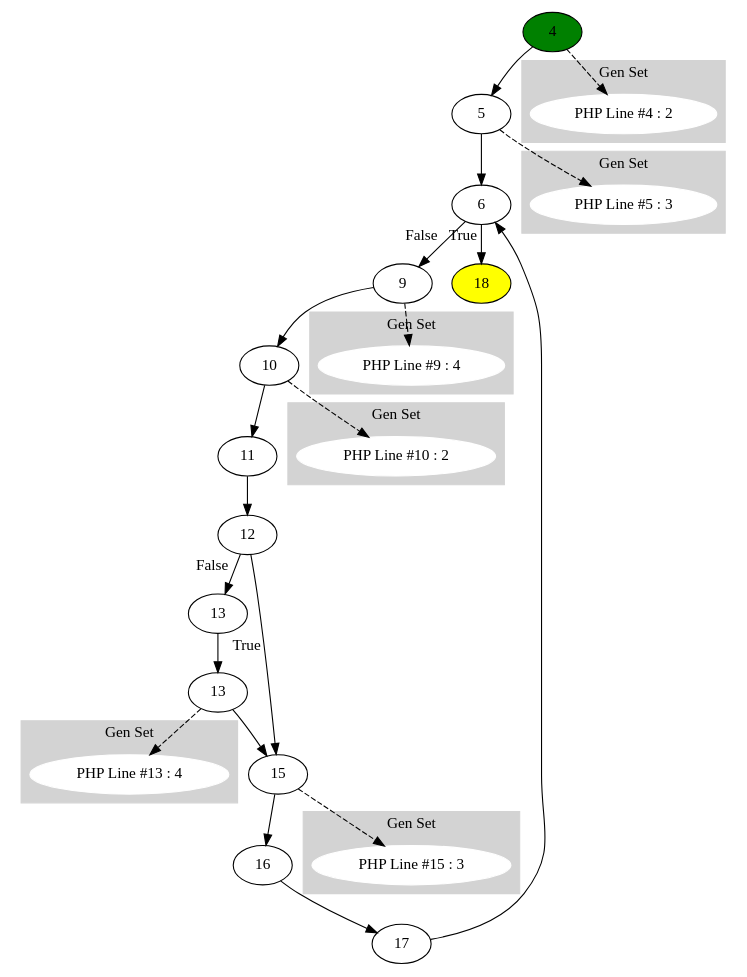
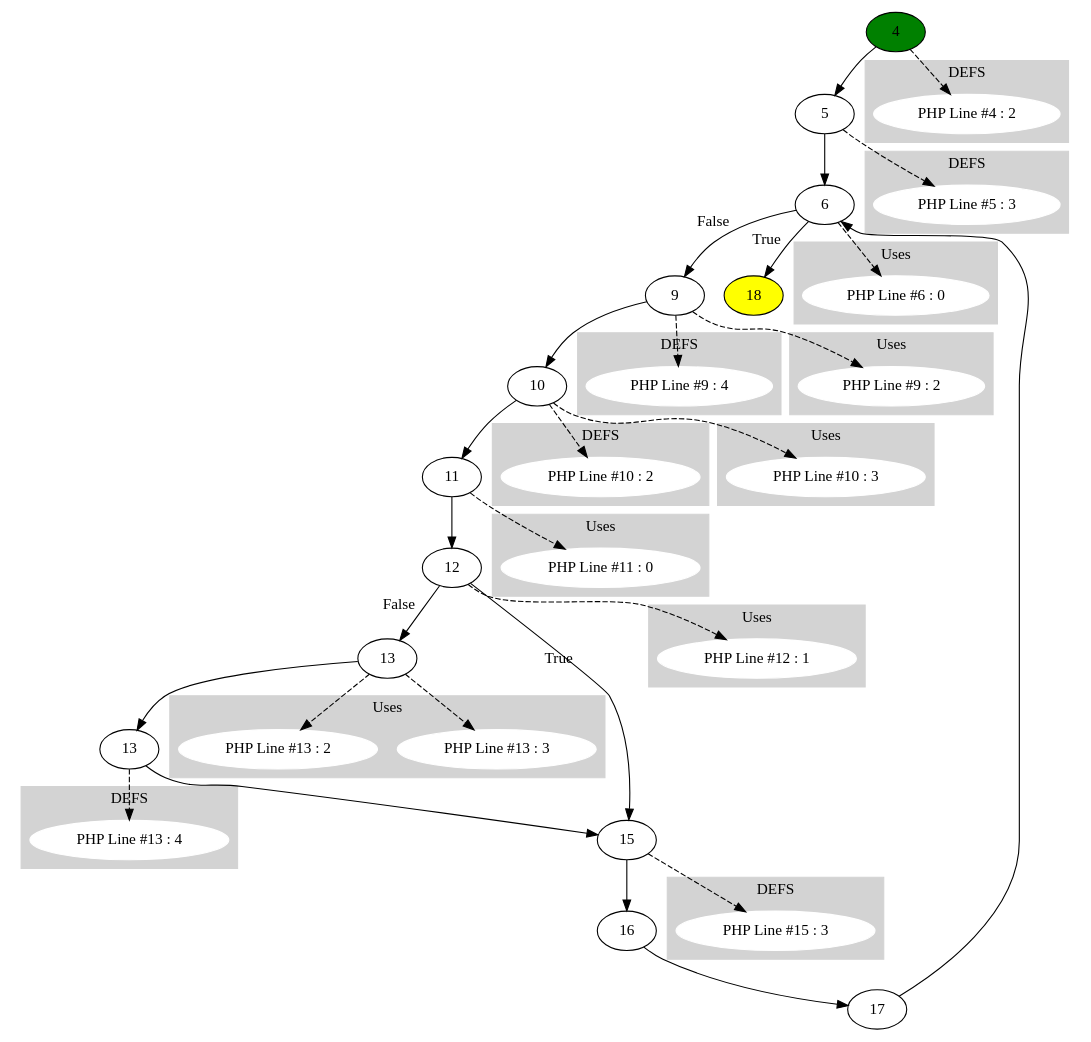
Before and after one commit to brianedmonds90/CFG-Hip-Hop: the diagram in test_files/test_files/function_Function (leaf) foo at 72 (ID 1).dot, drawn with Graphviz. The commit also changed 5 other files, not shown here.

Commit message:
Defs and Uses are computed and visualized

```diff
--- a/test_files/test_files/function_Function (leaf) foo at 72 (ID 1).dot
+++ b/test_files/test_files/function_Function (leaf) foo at 72 (ID 1).dot
@@ -1,84 +1,98 @@
 digraph testName {
 0 [label="4" tooltip="Int
 SetL
 PopC
 "];
 1 [label="5" tooltip="Int
 SetL
 PopC
 "];
 2 [label="6" tooltip="Int
 CGetL2
 Lte
 JmpZ
 "];
 3 [label="9" tooltip="Int
 CGetL2
 Add
 SetL
 PopC
 "];
 4 [label="10" tooltip="Int
 CGetL
 Mul
 SetL
 PopC
 "];
 5 [label="11" tooltip="String
 CGetL
 Concat
 String
 Concat
 Print
 PopC
 "];
 6 [label="12" tooltip="CGetL
 JmpZ
 "];
 7 [label="13" tooltip="CGetL
 CGetL2
 "];
 8 [label="13" tooltip="Add
 SetL
 PopC
 "];
 9 [label="15" tooltip="Int
 SetL
 PopC
 "];
 10 [label="16" tooltip="IncDecL
 PopC
 "];
 11 [label="17" tooltip="Jmp
 "];
 12 [label="18" fillcolor= yellow, style = filled,  tooltip="Null
 RetC
 "];
 0 -> 1;
 1 -> 2;
 2 -> 3[xlabel="False"];
 2 -> 12[xlabel="True"];
 3 -> 4;
 4 -> 5;
 5 -> 6;
 6 -> 7[xlabel="False"];
 6 -> 9[xlabel="True"];
 7 -> 8;
 8 -> 9;
 9 -> 10;
 10 -> 11;
 11 -> 2;
-0 [fillcolor = green, style = filled]subgraph cluster_0 { style=filled; color=lightgrey; node [style=filled,color=white]; g_0[label= "PHP Line #4 : 2"];label = "Gen Set";}
+0 [fillcolor = green, style = filled]subgraph cluster_g_0 { style=filled; color=lightgrey; node [style=filled,color=white]; g_0[label= "PHP Line #4 : 2"];label = "DEFS";}
 0 -> g_0 [style="dashed"];
-subgraph cluster_1 { style=filled; color=lightgrey; node [style=filled,color=white]; g_1[label= "PHP Line #5 : 3"];label = "Gen Set";}
+subgraph cluster_g_1 { style=filled; color=lightgrey; node [style=filled,color=white]; g_1[label= "PHP Line #5 : 3"];label = "DEFS";}
 1 -> g_1 [style="dashed"];
-subgraph cluster_3 { style=filled; color=lightgrey; node [style=filled,color=white]; g_3[label= "PHP Line #9 : 4"];label = "Gen Set";}
+subgraph cluster_g_3 { style=filled; color=lightgrey; node [style=filled,color=white]; g_3[label= "PHP Line #9 : 4"];label = "DEFS";}
 3 -> g_3 [style="dashed"];
-subgraph cluster_4 { style=filled; color=lightgrey; node [style=filled,color=white]; g_4[label= "PHP Line #10 : 2"];label = "Gen Set";}
+subgraph cluster_g_4 { style=filled; color=lightgrey; node [style=filled,color=white]; g_4[label= "PHP Line #10 : 2"];label = "DEFS";}
 4 -> g_4 [style="dashed"];
-subgraph cluster_8 { style=filled; color=lightgrey; node [style=filled,color=white]; g_8[label= "PHP Line #13 : 4"];label = "Gen Set";}
+subgraph cluster_g_8 { style=filled; color=lightgrey; node [style=filled,color=white]; g_8[label= "PHP Line #13 : 4"];label = "DEFS";}
 8 -> g_8 [style="dashed"];
-subgraph cluster_9 { style=filled; color=lightgrey; node [style=filled,color=white]; g_9[label= "PHP Line #15 : 3"];label = "Gen Set";}
+subgraph cluster_g_9 { style=filled; color=lightgrey; node [style=filled,color=white]; g_9[label= "PHP Line #15 : 3"];label = "DEFS";}
 9 -> g_9 [style="dashed"];
+subgraph cluster_use_2 { style=filled; color=lightgrey; node [style=filled,color=white]; use_2_0[label= "PHP Line #6 : 0"];label = "Uses";}
+2 -> use_2_0 [style="dashed"];
+subgraph cluster_use_3 { style=filled; color=lightgrey; node [style=filled,color=white]; use_3_2[label= "PHP Line #9 : 2"];label = "Uses";}
+3 -> use_3_2 [style="dashed"];
+subgraph cluster_use_4 { style=filled; color=lightgrey; node [style=filled,color=white]; use_4_3[label= "PHP Line #10 : 3"];label = "Uses";}
+4 -> use_4_3 [style="dashed"];
+subgraph cluster_use_5 { style=filled; color=lightgrey; node [style=filled,color=white]; use_5_0[label= "PHP Line #11 : 0"];label = "Uses";}
+5 -> use_5_0 [style="dashed"];
+subgraph cluster_use_6 { style=filled; color=lightgrey; node [style=filled,color=white]; use_6_1[label= "PHP Line #12 : 1"];label = "Uses";}
+6 -> use_6_1 [style="dashed"];
+subgraph cluster_use_7 { style=filled; color=lightgrey; node [style=filled,color=white]; use_7_3[label= "PHP Line #13 : 3"];label = "Uses";}
+7 -> use_7_3 [style="dashed"];
+subgraph cluster_use_7 { style=filled; color=lightgrey; node [style=filled,color=white]; use_7_2[label= "PHP Line #13 : 2"];label = "Uses";}
+7 -> use_7_2 [style="dashed"];
 
 }
```
